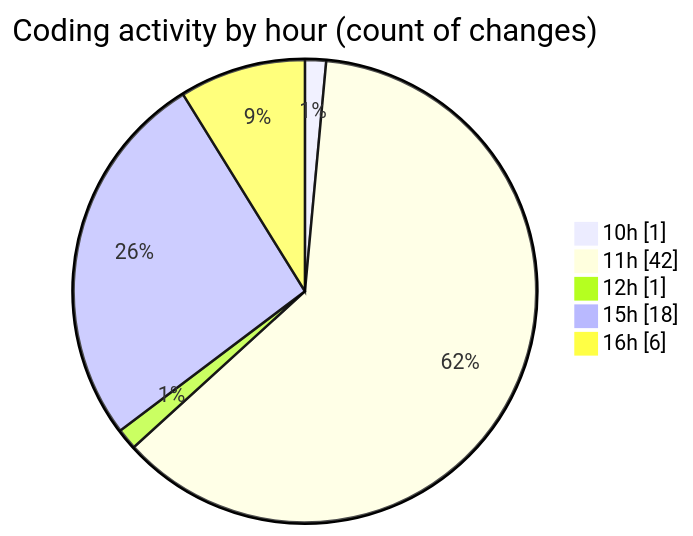
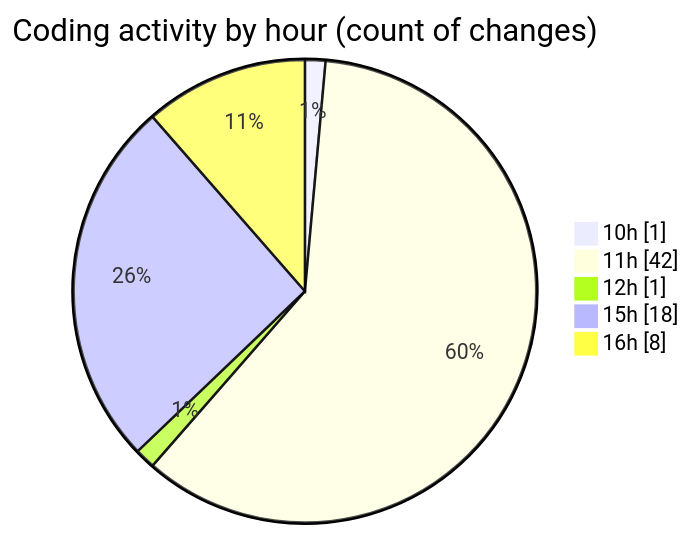
The second of 2 diagrams in 2025-06-25/nxtqube_webapp/README.md (nxtqubesakshisongat/code-tracking), drawn with Mermaid before and after one commit. The commit also changed other lines of this file and 1 other file, not shown here.

````diff
--- a/2025-06-25/nxtqube_webapp/README.md
+++ b/2025-06-25/nxtqube_webapp/README.md
@@ -33,9 +33,9 @@
 ```mermaid
 pie showData
 title Coding activity by hour (count of changes)
 "10h" : 1
 "11h" : 42
 "12h" : 1
 "15h" : 18
-"16h" : 6
+"16h" : 8
 ```
````
